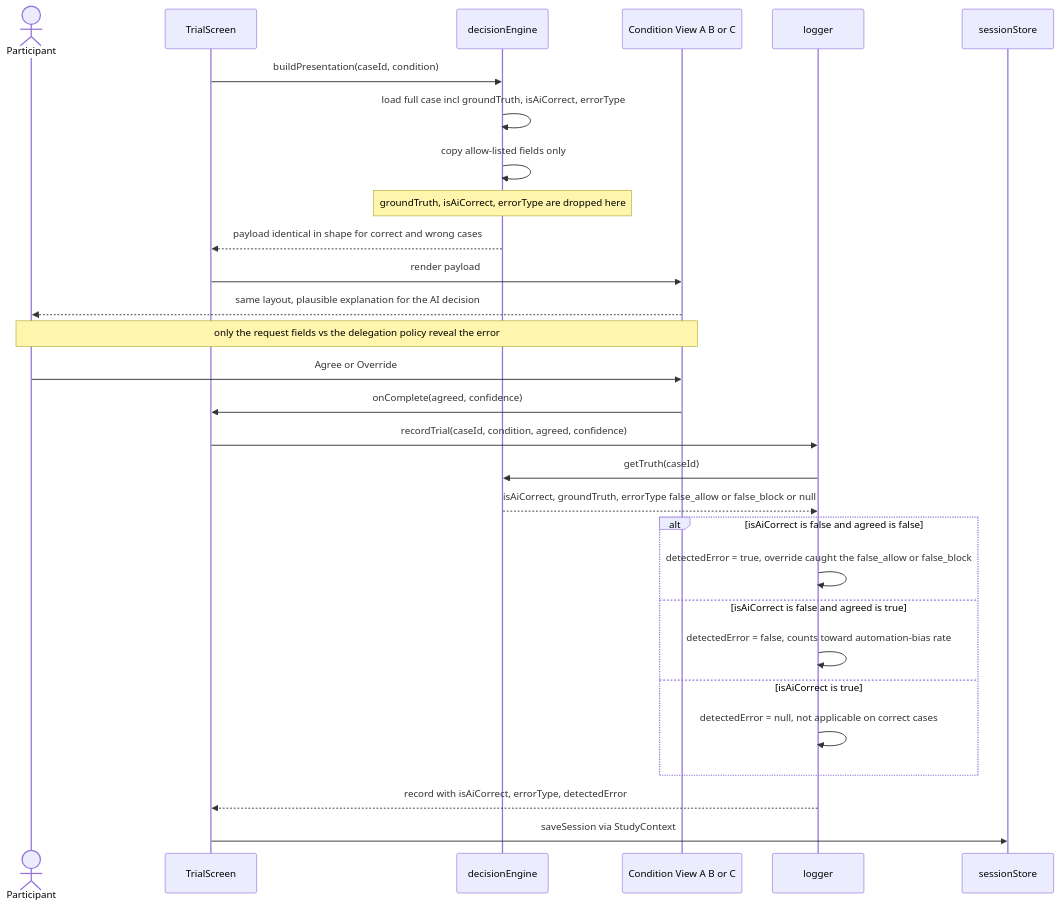
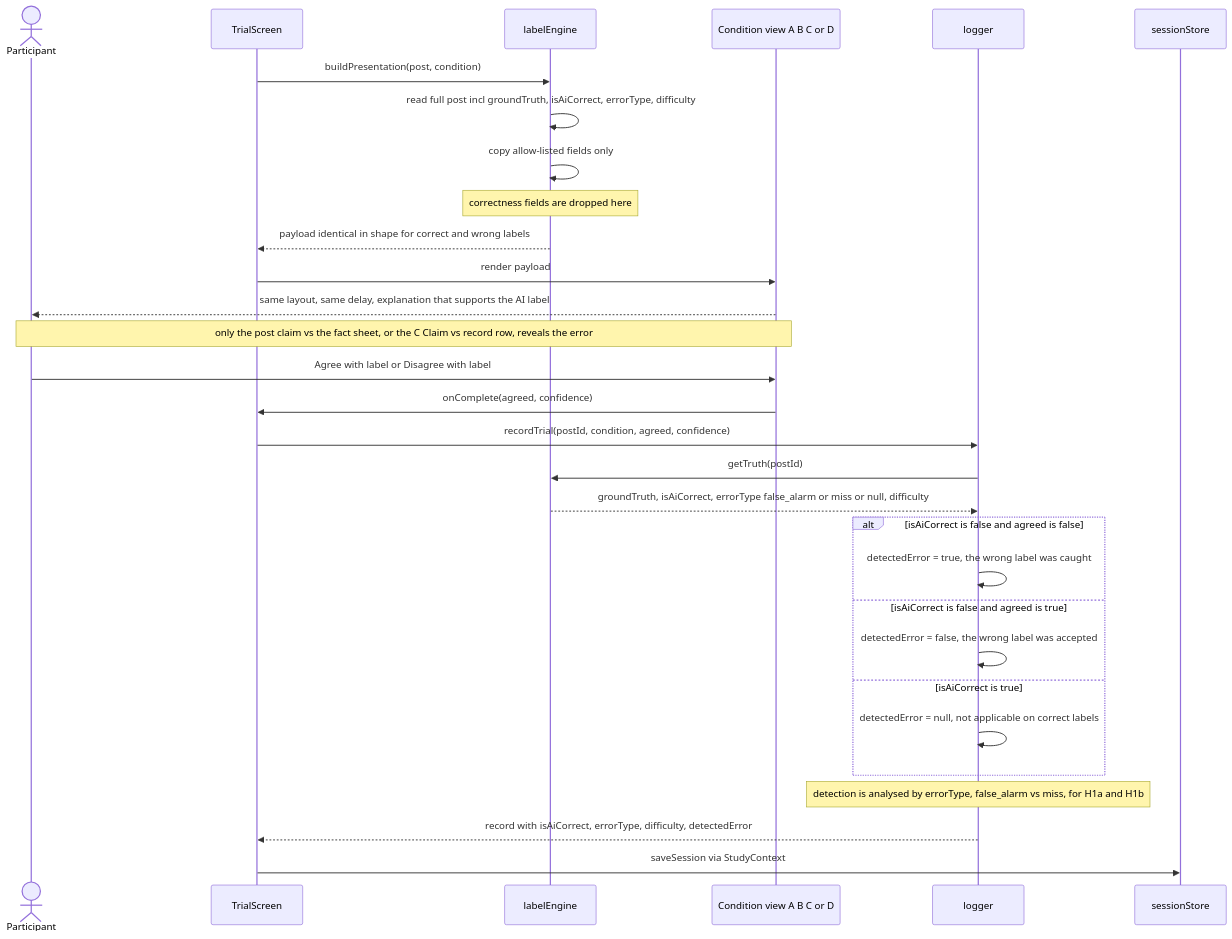
Before and after one commit to bibekgupta3333/HCI: the seventh of 11 diagrams in docs/sequence-diagrams.md, drawn with Mermaid. The commit also changed other lines of this file and 27 other files, not shown here.

````diff
--- a/docs/sequence-diagrams.md
+++ b/docs/sequence-diagrams.md
@@ -241,32 +328,33 @@
 ```mermaid
 sequenceDiagram
     actor P as Participant
     participant Trial as TrialScreen
-    participant DE as decisionEngine
-    participant View as Condition View A B or C
+    participant LE as labelEngine
+    participant View as Condition view A B C or D
     participant Log as logger
     participant SS as sessionStore
 
-    Trial->>DE: buildPresentation(caseId, condition)
-    DE->>DE: load full case incl groundTruth, isAiCorrect, errorType
-    DE->>DE: copy allow-listed fields only
-    Note over DE: groundTruth, isAiCorrect, errorType are dropped here
-    DE-->>Trial: payload identical in shape for correct and wrong cases
+    Trial->>LE: buildPresentation(post, condition)
+    LE->>LE: read full post incl groundTruth, isAiCorrect, errorType, difficulty
+    LE->>LE: copy allow-listed fields only
+    Note over LE: correctness fields are dropped here
+    LE-->>Trial: payload identical in shape for correct and wrong labels
     Trial->>View: render payload
-    View-->>P: same layout, plausible explanation for the AI decision
-    Note over P,View: only the request fields vs the delegation policy reveal the error
-    P->>View: Agree or Override
+    View-->>P: same layout, same delay, explanation that supports the AI label
+    Note over P,View: only the post claim vs the fact sheet, or the C Claim vs record row, reveals the error
+    P->>View: Agree with label or Disagree with label
     View->>Trial: onComplete(agreed, confidence)
-    Trial->>Log: recordTrial(caseId, condition, agreed, confidence)
-    Log->>DE: getTruth(caseId)
-    DE-->>Log: isAiCorrect, groundTruth, errorType false_allow or false_block or null
+    Trial->>Log: recordTrial(postId, condition, agreed, confidence)
+    Log->>LE: getTruth(postId)
+    LE-->>Log: groundTruth, isAiCorrect, errorType false_alarm or miss or null, difficulty
     alt isAiCorrect is false and agreed is false
-        Log->>Log: detectedError = true, override caught the false_allow or false_block
+        Log->>Log: detectedError = true, the wrong label was caught
     else isAiCorrect is false and agreed is true
-        Log->>Log: detectedError = false, counts toward automation-bias rate
+        Log->>Log: detectedError = false, the wrong label was accepted
     else isAiCorrect is true
-        Log->>Log: detectedError = null, not applicable on correct cases
+        Log->>Log: detectedError = null, not applicable on correct labels
     end
-    Log-->>Trial: record with isAiCorrect, errorType, detectedError
+    Note over Log: detection is analysed by errorType, false_alarm vs miss, for H1a and H1b
+    Log-->>Trial: record with isAiCorrect, errorType, difficulty, detectedError
     Trial->>SS: saveSession via StudyContext
 ```
````
